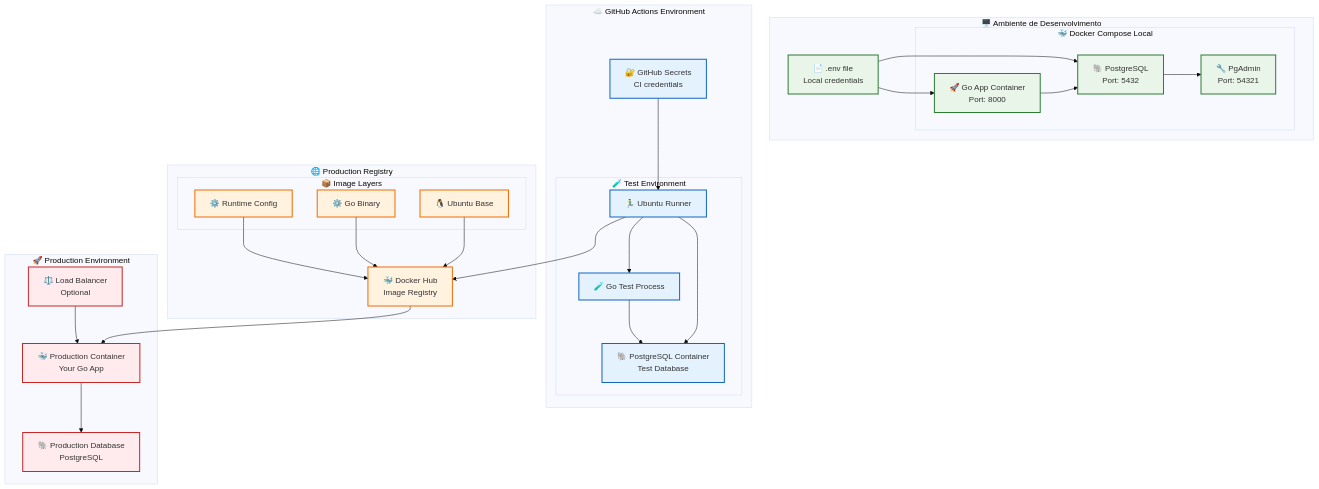
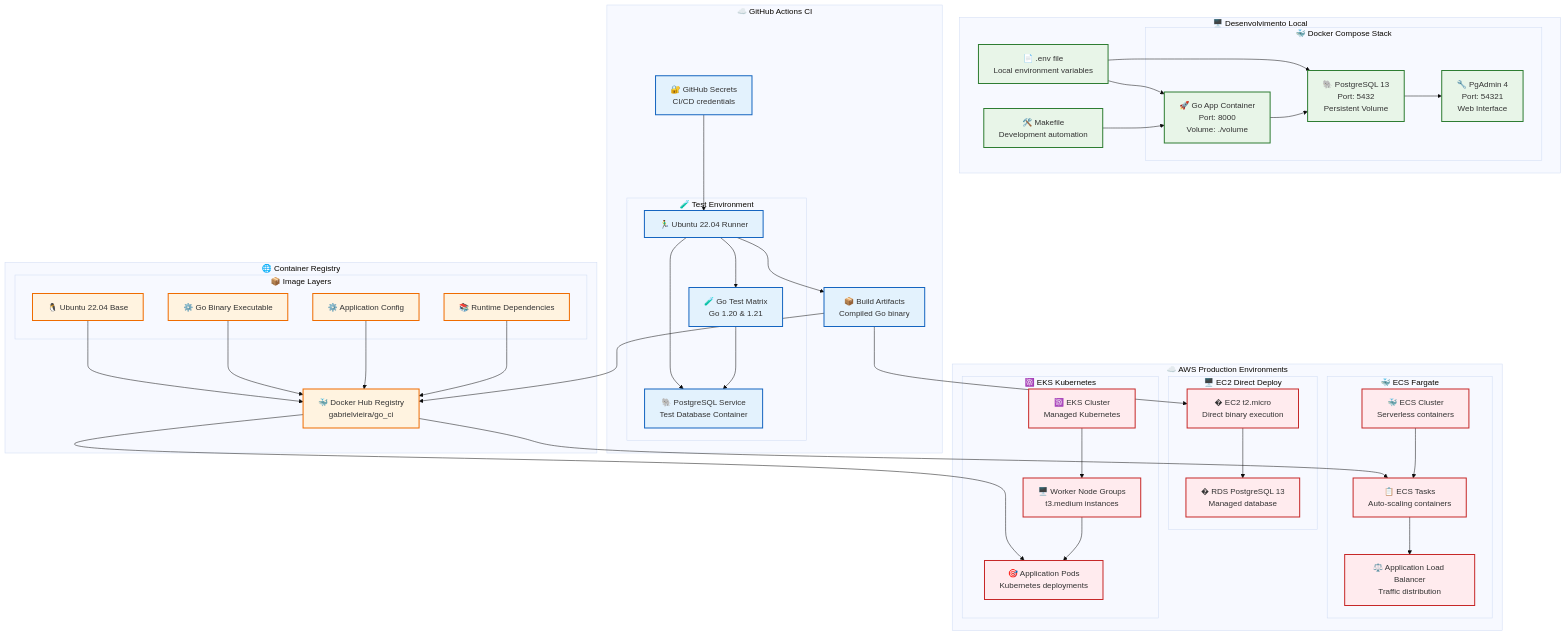
One commit to gabrielvieira1/integracao-continua-docker-github-actions changed the third of 10 diagrams in ARCHITECTURE.md. Above: the diagram before and after it, drawn with Mermaid (base theme). The commit also changed other lines of this file and 5 other files, not shown here.

````diff
--- a/ARCHITECTURE.md
+++ b/ARCHITECTURE.md
@@ -146,69 +404,95 @@
 ```mermaid
 graph TB
-    subgraph "🖥️ Ambiente de Desenvolvimento"
-        subgraph "🐳 Docker Compose Local"
-            APP_LOCAL[🚀 Go App Container<br/>Port: 8000]
-            DB_LOCAL[🐘 PostgreSQL<br/>Port: 5432]
-            PGADMIN_LOCAL[🔧 PgAdmin<br/>Port: 54321]
+    subgraph "🖥️ Desenvolvimento Local"
+        subgraph "🐳 Docker Compose Stack"
+            APP_LOCAL[🚀 Go App Container<br/>Port: 8000<br/>Volume: ./volume]
+            DB_LOCAL[🐘 PostgreSQL 13<br/>Port: 5432<br/>Persistent Volume]
+            PGADMIN_LOCAL[🔧 PgAdmin 4<br/>Port: 54321<br/>Web Interface]
         end
-        ENV_LOCAL[📄 .env file<br/>Local credentials]
+        ENV_LOCAL[📄 .env file<br/>Local environment variables]
+        MAKEFILE[🛠️ Makefile<br/>Development automation]
     end
 
-    subgraph "☁️ GitHub Actions Environment"
-        subgraph "🧪 Test Environment"
-            RUNNER[🏃‍♂️ Ubuntu Runner]
-            DB_CI[🐘 PostgreSQL Container<br/>Test Database]
-            GO_TEST[🧪 Go Test Process]
+    subgraph "☁️ GitHub Actions CI"
+        subgraph "🧪 Test Environment" 
+            RUNNER[🏃‍♂️ Ubuntu 22.04 Runner]
+            DB_CI[🐘 PostgreSQL Service<br/>Test Database Container]
+            GO_TEST[🧪 Go Test Matrix<br/>Go 1.20 & 1.21]
         end
-        SECRETS_CI[🔐 GitHub Secrets<br/>CI credentials]
+        SECRETS_CI[🔐 GitHub Secrets<br/>CI/CD credentials]
+        ARTIFACTS[📦 Build Artifacts<br/>Compiled Go binary]
     end
 
-    subgraph "🌐 Production Registry"
-        DOCKER_HUB_REG[🐳 Docker Hub<br/>Image Registry]
+    subgraph "🌐 Container Registry"
+        DOCKER_HUB_REG[🐳 Docker Hub Registry<br/>gabrielvieira/go_ci]
         subgraph "📦 Image Layers"
-            UBUNTU[🐧 Ubuntu Base]
-            GO_BINARY[⚙️ Go Binary]
-            CONFIG[⚙️ Runtime Config]
+            UBUNTU_BASE[🐧 Ubuntu 22.04 Base]
+            GO_BINARY[⚙️ Go Binary Executable]
+            APP_CONFIG[⚙️ Application Config]
+            RUNTIME_DEPS[📚 Runtime Dependencies]
         end
     end
 
-    subgraph "🚀 Production Environment"
-        PROD_CONTAINER[🐳 Production Container<br/>Your Go App]
-        PROD_DB[🐘 Production Database<br/>PostgreSQL]
-        LOAD_BALANCER[⚖️ Load Balancer<br/>Optional]
+    subgraph "☁️ AWS Production Environments"
+        subgraph "🖥️ EC2 Direct Deploy"
+            EC2_INSTANCE[�️ EC2 t2.micro<br/>Direct binary execution]
+            RDS_POSTGRES[�️ RDS PostgreSQL 13<br/>Managed database]
+        end
+        
+        subgraph "🐳 ECS Fargate"
+            ECS_CLUSTER[🐳 ECS Cluster<br/>Serverless containers]
+            ALB_ECS[⚖️ Application Load Balancer<br/>Traffic distribution]
+            ECS_TASKS[📋 ECS Tasks<br/>Auto-scaling containers]
+        end
+        
+        subgraph "☸️ EKS Kubernetes"
+            EKS_CLUSTER[☸️ EKS Cluster<br/>Managed Kubernetes]
+            NODE_GROUPS[🖥️ Worker Node Groups<br/>t3.medium instances]
+            PODS[🎯 Application Pods<br/>Kubernetes deployments]
+        end
     end
 
-    %% Connections Development
+    %% Development flow
     ENV_LOCAL --> APP_LOCAL
     ENV_LOCAL --> DB_LOCAL
     APP_LOCAL --> DB_LOCAL
     DB_LOCAL --> PGADMIN_LOCAL
+    MAKEFILE --> APP_LOCAL
 
-    %% Connections CI
+    %% CI flow
     SECRETS_CI --> RUNNER
     RUNNER --> DB_CI
     RUNNER --> GO_TEST
     GO_TEST --> DB_CI
+    RUNNER --> ARTIFACTS
 
-    %% Registry
-    RUNNER --> DOCKER_HUB_REG
-    UBUNTU --> DOCKER_HUB_REG
+    %% Registry flow  
+    ARTIFACTS --> DOCKER_HUB_REG
+    UBUNTU_BASE --> DOCKER_HUB_REG
     GO_BINARY --> DOCKER_HUB_REG
-    CONFIG --> DOCKER_HUB_REG
+    APP_CONFIG --> DOCKER_HUB_REG
+    RUNTIME_DEPS --> DOCKER_HUB_REG
 
-    %% Production
-    DOCKER_HUB_REG --> PROD_CONTAINER
-    PROD_CONTAINER --> PROD_DB
-    LOAD_BALANCER --> PROD_CONTAINER
+    %% Production deployments
+    ARTIFACTS --> EC2_INSTANCE
+    EC2_INSTANCE --> RDS_POSTGRES
+    
+    DOCKER_HUB_REG --> ECS_TASKS
+    ECS_TASKS --> ALB_ECS
+    ECS_CLUSTER --> ECS_TASKS
+    
+    DOCKER_HUB_REG --> PODS
+    EKS_CLUSTER --> NODE_GROUPS
+    NODE_GROUPS --> PODS
 
     %% Styling
     classDef localClass fill:#e8f5e8,stroke:#2e7d32,stroke-width:2px
     classDef ciClass fill:#e3f2fd,stroke:#1565c0,stroke-width:2px
     classDef registryClass fill:#fff3e0,stroke:#ef6c00,stroke-width:2px
-    classDef prodClass fill:#ffebee,stroke:#c62828,stroke-width:2px
+    classDef awsClass fill:#ffebee,stroke:#c62828,stroke-width:2px
 
-    class APP_LOCAL,DB_LOCAL,PGADMIN_LOCAL,ENV_LOCAL localClass
-    class RUNNER,DB_CI,GO_TEST,SECRETS_CI ciClass
-    class DOCKER_HUB_REG,UBUNTU,GO_BINARY,CONFIG registryClass
-    class PROD_CONTAINER,PROD_DB,LOAD_BALANCER prodClass
+    class APP_LOCAL,DB_LOCAL,PGADMIN_LOCAL,ENV_LOCAL,MAKEFILE localClass
+    class RUNNER,DB_CI,GO_TEST,SECRETS_CI,ARTIFACTS ciClass
+    class DOCKER_HUB_REG,UBUNTU_BASE,GO_BINARY,APP_CONFIG,RUNTIME_DEPS registryClass
+    class EC2_INSTANCE,RDS_POSTGRES,ECS_CLUSTER,ALB_ECS,ECS_TASKS,EKS_CLUSTER,NODE_GROUPS,PODS awsClass
 ```
````
